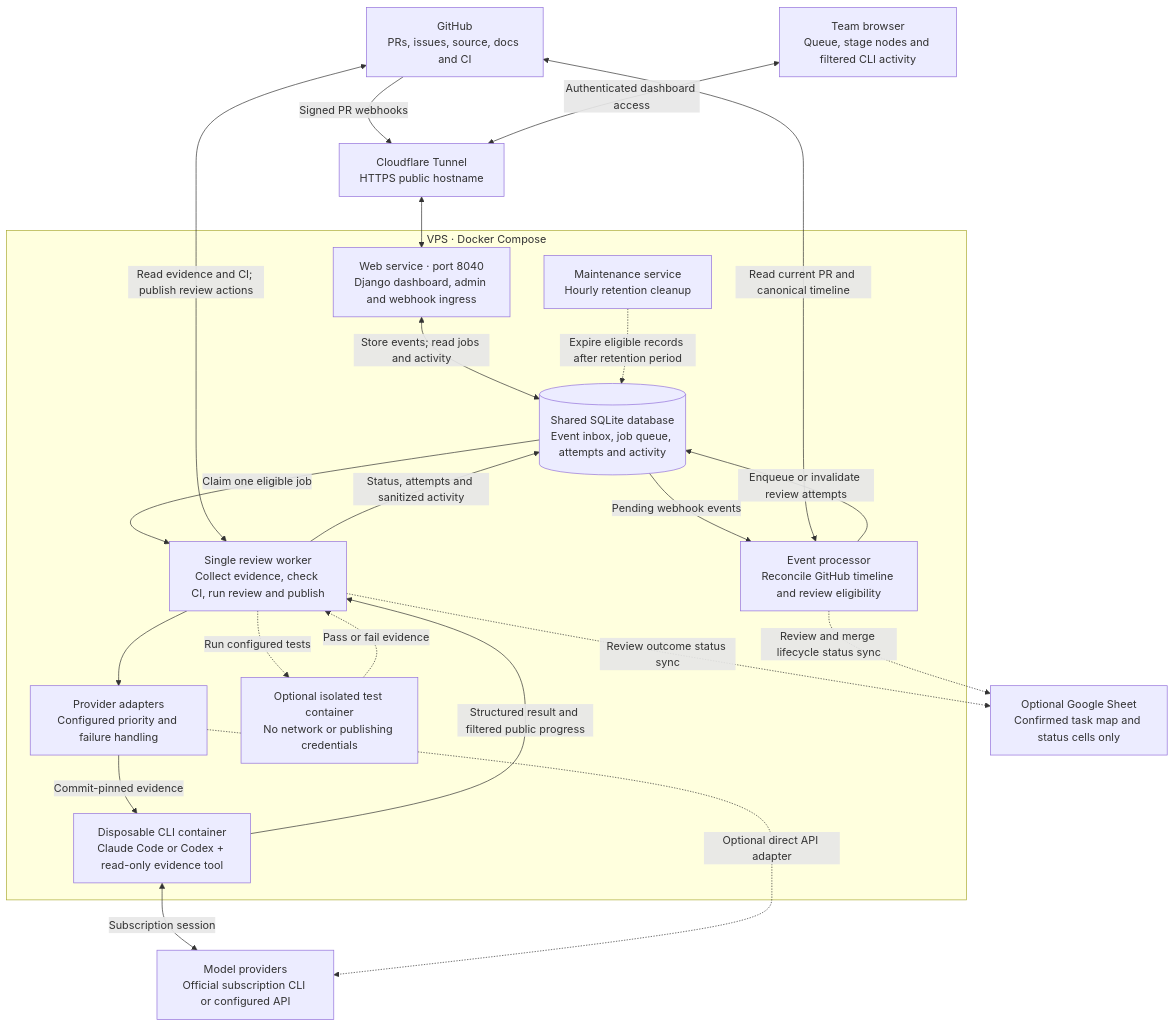
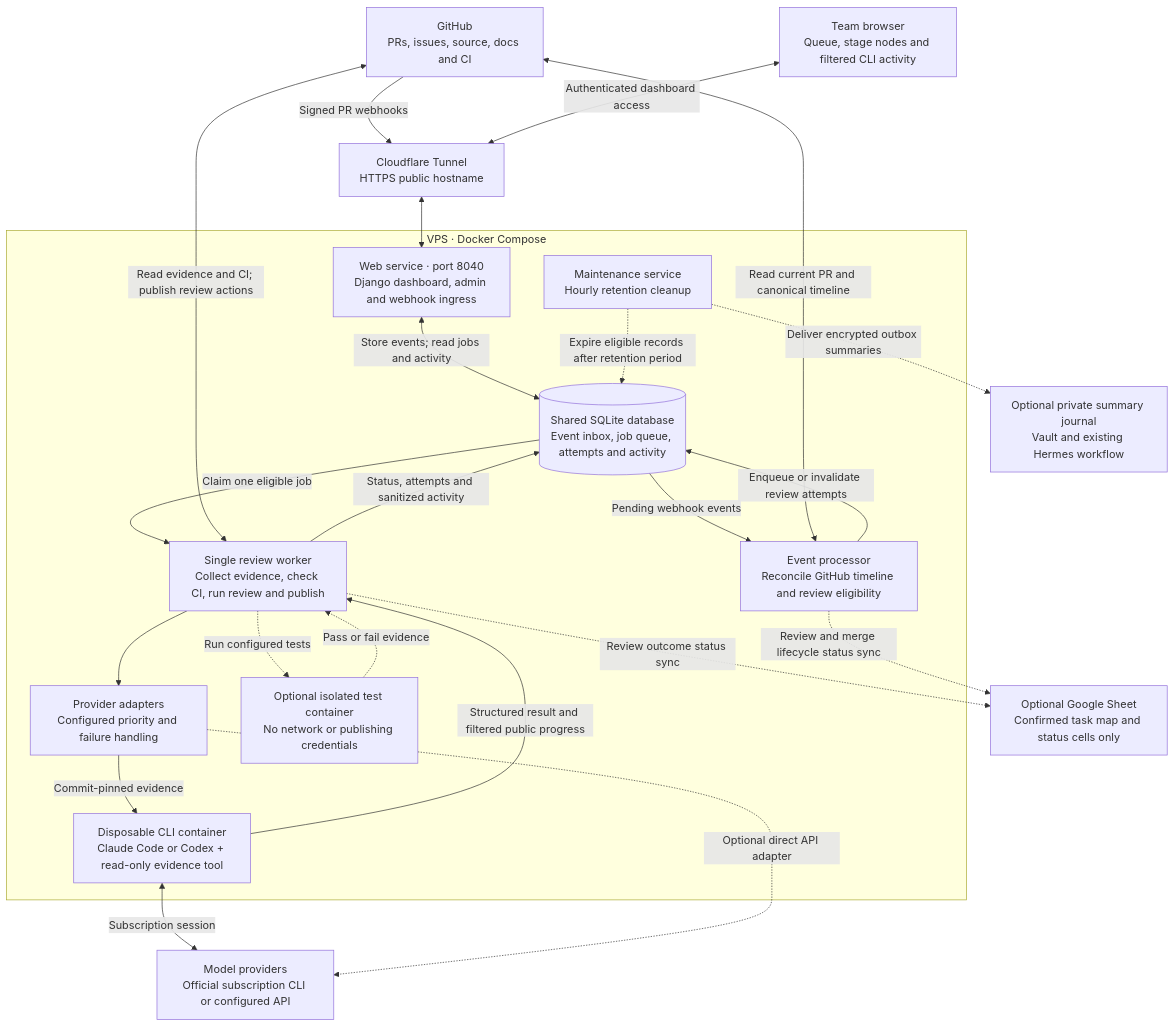
One commit to Ainzw0rth/pr-review-service changed the first of 2 diagrams in README.md. Above: the diagram before and after it, drawn with Mermaid. The commit also changed other lines of this file and 15 other files, not shown here.

Commit message:
Enable opt-in encrypted final-summary journal delivery

````diff
--- a/README.md
+++ b/README.md
@@ -28,41 +28,43 @@
 ```mermaid
 flowchart TB
     github["GitHub<br/>PRs, issues, source, docs and CI"]
     browser["Team browser<br/>Queue, stage nodes and filtered CLI activity"]
     tunnel["Cloudflare Tunnel<br/>HTTPS public hostname"]
 
     subgraph vps["VPS · Docker Compose"]
         web["Web service · port 8040<br/>Django dashboard, admin and webhook ingress"]
         db[("Shared SQLite database<br/>Event inbox, job queue, attempts and activity")]
         events["Event processor<br/>Reconcile GitHub timeline and review eligibility"]
         worker["Single review worker<br/>Collect evidence, check CI, run review and publish"]
         models["Provider adapters<br/>Configured priority and failure handling"]
         cli["Disposable CLI container<br/>Claude Code or Codex + read-only evidence tool"]
         tests["Optional isolated test container<br/>No network or publishing credentials"]
         maintenance["Maintenance service<br/>Hourly retention cleanup"]
     end
 
     provider["Model providers<br/>Official subscription CLI or configured API"]
     sheet["Optional Google Sheet<br/>Confirmed task map and status cells only"]
+    journal["Optional private summary journal<br/>Vault and existing Hermes workflow"]
 
     github -->|Signed PR webhooks| tunnel
     browser <-->|Authenticated dashboard access| tunnel
     tunnel <--> web
     web <-->|Store events; read jobs and activity| db
     db -->|Pending webhook events| events
     events <-->|Read current PR and canonical timeline| github
     events -->|Enqueue or invalidate review attempts| db
     db -->|Claim one eligible job| worker
     worker <-->|Read evidence and CI; publish review actions| github
     worker --> models
     models -->|Commit-pinned evidence| cli
     cli <-->|Subscription session| provider
     models -.->|Optional direct API adapter| provider
     cli -->|Structured result and filtered public progress| worker
     worker -.->|Run configured tests| tests
     tests -.->|Pass or fail evidence| worker
     worker -->|Status, attempts and sanitized activity| db
     worker -.->|Review outcome status sync| sheet
     events -.->|Review and merge lifecycle status sync| sheet
     maintenance -.->|Expire eligible records after retention period| db
+    maintenance -.->|Deliver encrypted outbox summaries| journal
 ```
````
